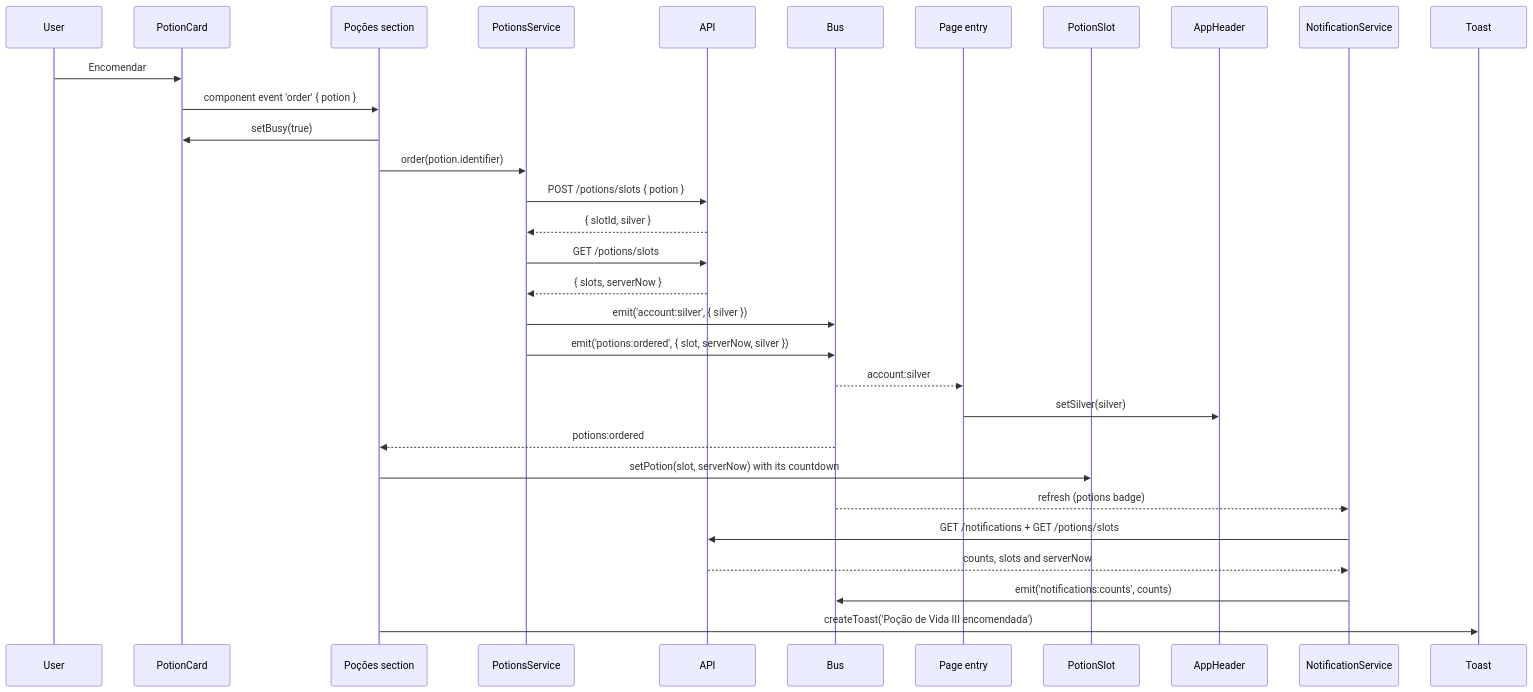
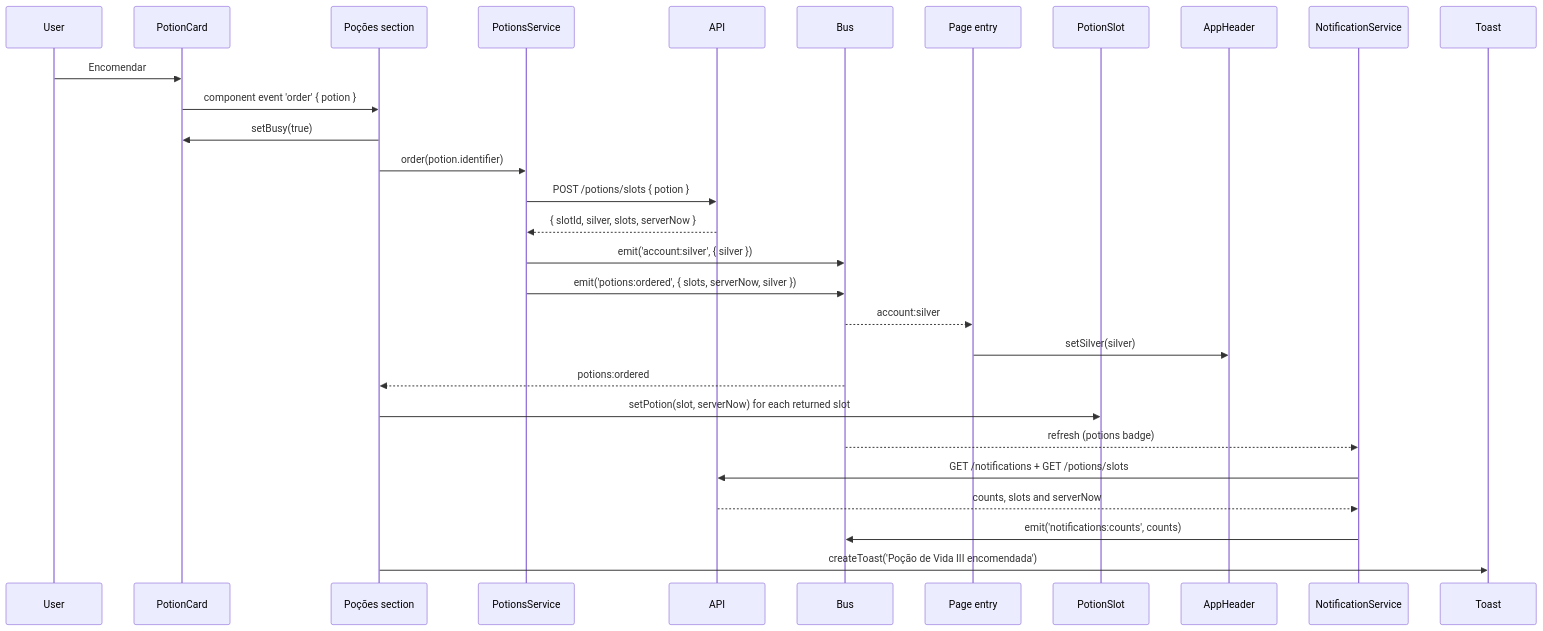
One commit to werlang/gladCode2 changed the seventh of 9 diagrams in docs/frontend/events.md. Above: the diagram before and after it, drawn with Mermaid. The commit also changed other lines of this file and 5 other files, not shown here.

````diff
--- a/docs/frontend/events.md
+++ b/docs/frontend/events.md
@@ -456,32 +467,31 @@
 ```mermaid
 sequenceDiagram
     participant User
     participant Card as PotionCard
     participant Section as Poções section
     participant Svc as PotionsService
     participant API
     participant Bus
     participant Shell as Page entry
     participant Slot as PotionSlot
     participant Header as AppHeader
     participant Notif as NotificationService
+    participant Toast
     User->>Card: Encomendar
     Card->>Section: component event 'order' { potion }
     Section->>Card: setBusy(true)
     Section->>Svc: order(potion.identifier)
     Svc->>API: POST /potions/slots { potion }
-    API-->>Svc: { slotId, silver }
-    Svc->>API: GET /potions/slots
-    API-->>Svc: { slots, serverNow }
+    API-->>Svc: { slotId, silver, slots, serverNow }
     Svc->>Bus: emit('account:silver', { silver })
-    Svc->>Bus: emit('potions:ordered', { slot, serverNow, silver })
+    Svc->>Bus: emit('potions:ordered', { slots, serverNow, silver })
     Bus-->>Shell: account:silver
     Shell->>Header: setSilver(silver)
     Bus-->>Section: potions:ordered
-    Section->>Slot: setPotion(slot, serverNow) with its countdown
+    Section->>Slot: setPotion(slot, serverNow) for each returned slot
     Bus-->>Notif: refresh (potions badge)
     Notif->>API: GET /notifications + GET /potions/slots
     API-->>Notif: counts, slots and serverNow
     Notif->>Bus: emit('notifications:counts', counts)
     Section->>Toast: createToast('Poção de Vida III encomendada')
 ```
````
